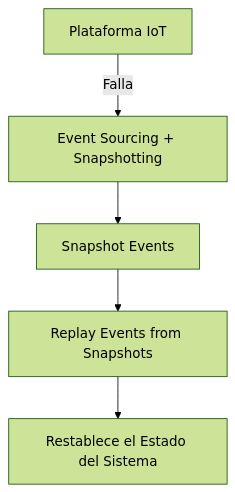
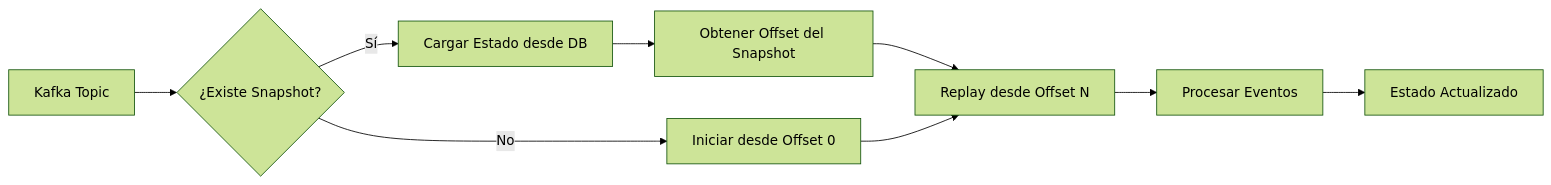
One commit to Joaquinriosheredia/DAM-Java-Mastery changed the fifth of 8 diagrams in _Review/event_replay_y_reconstruccion_de_estado_con_kafka/event_replay_y_reconstruccion_de_estado_con_kafka.md. Above: the diagram before and after it, drawn with Mermaid (forest theme). The commit also changed other lines of this file, not shown here.

Commit message:
Event Replay y Reconstrucción de Estado con Kafka en Java 21

````diff
--- a/_Review/event_replay_y_reconstruccion_de_estado_con_kafka/event_replay_y_reconstruccion_de_estado_con_kafka.md
+++ b/_Review/event_replay_y_reconstruccion_de_estado_con_kafka/event_replay_y_reconstruccion_de_estado_con_kafka.md
@@ -848,7 +317,11 @@
 ```mermaid
-graph TD
-    A[Plataforma IoT] -->|Falla| B[Event Sourcing + Snapshotting]
-    B --> C[Snapshot Events]
-    C --> D[Replay Events from Snapshots]
-    D --> E[Restablece el Estado del Sistema]
+graph LR
+    A[Kafka Topic] --> B{¿Existe Snapshot?}
+    B -->|Sí| C[Cargar Estado desde DB]
+    B -->|No| D[Iniciar desde Offset 0]
+    C --> E[Obtener Offset del Snapshot]
+    E --> F[Replay desde Offset N]
+    D --> F
+    F --> G[Procesar Eventos]
+    G --> H[Estado Actualizado]
 ```
````
